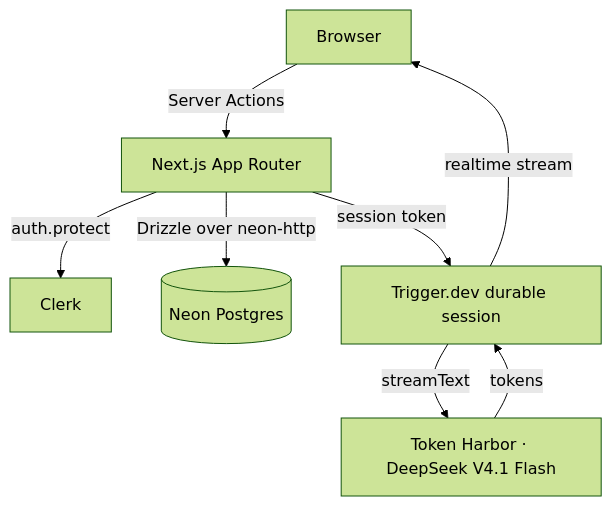
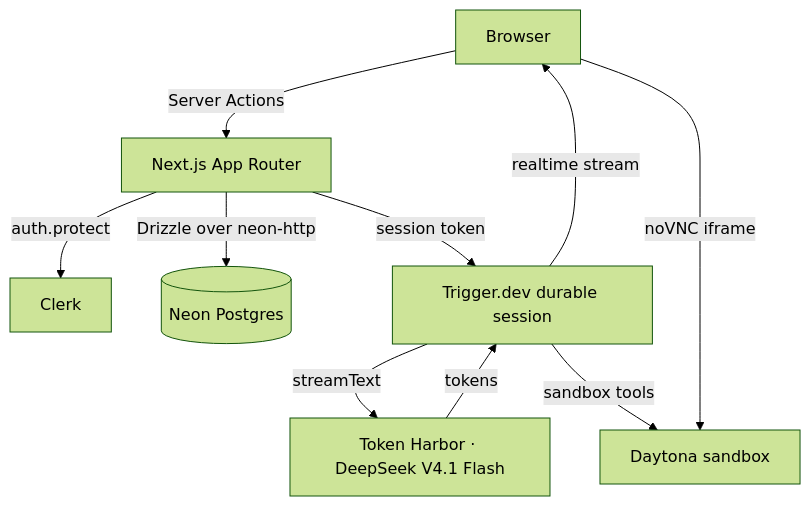
One commit to 78days/Pandora changed the first of 3 diagrams in README.md. Above: the diagram before and after it, drawn with Mermaid (forest theme). The commit also changed other lines of this file, not shown here.

First line of the commit message:
Update README for group chats, sandbox tools, and the desktop panel

````diff
--- a/README.md
+++ b/README.md
@@ -85,10 +90,12 @@
 ```mermaid
 flowchart TD
     Browser[Browser] -->|Server Actions| Next[Next.js App Router]
     Next -->|auth.protect| Clerk[Clerk]
     Next -->|Drizzle over neon-http| Neon[(Neon Postgres)]
     Next -->|session token| Trigger[Trigger.dev durable session]
     Trigger -->|streamText| Model[Token Harbor · DeepSeek V4.1 Flash]
     Model -->|tokens| Trigger
+    Trigger -->|sandbox tools| Sandbox[Daytona sandbox]
+    Browser -->|noVNC iframe| Sandbox
     Trigger -->|realtime stream| Browser
 ```
````
